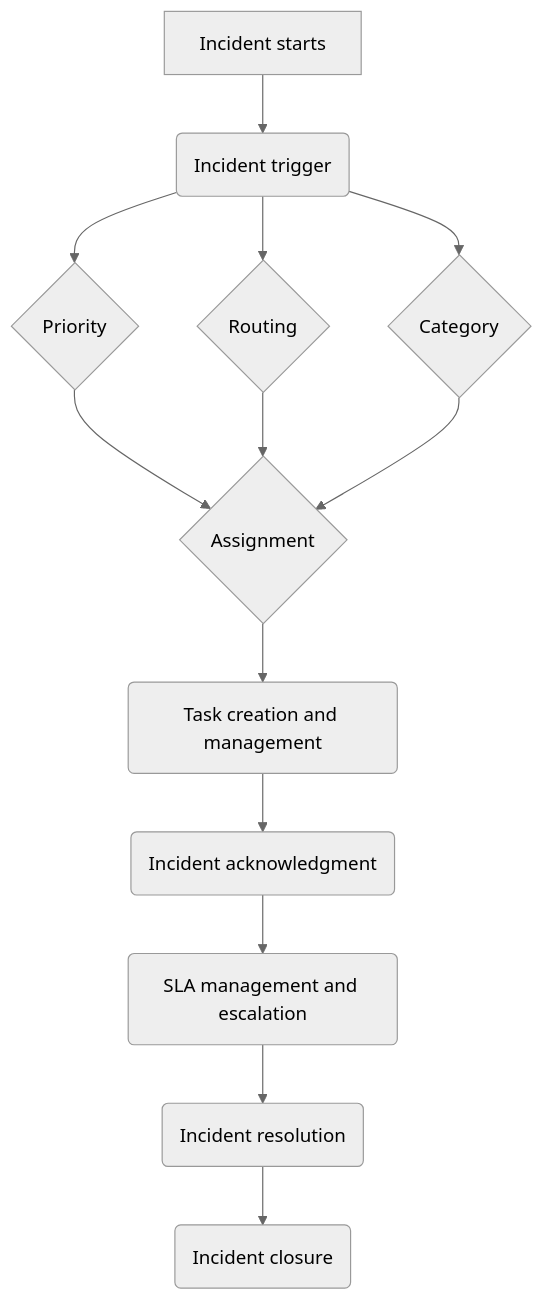
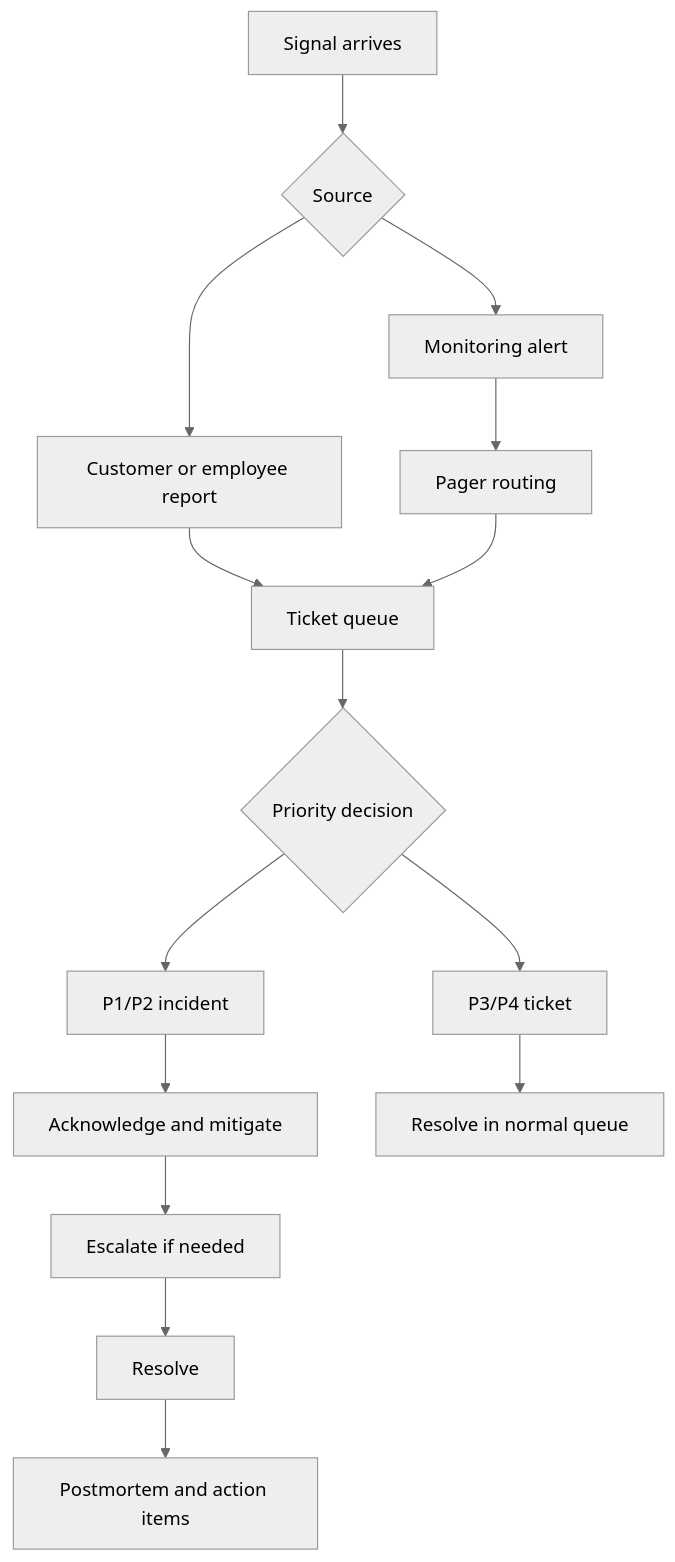
Before and after one commit to abtris/www.prskavec.net: the diagram in content/courses/how-to-make-oncall/chapter10.md, drawn with Mermaid (neutral theme). The commit also changed other lines of this file and 9 other files, not shown here.

````diff
--- a/content/courses/how-to-make-oncall/chapter10.md
+++ b/content/courses/how-to-make-oncall/chapter10.md
@@ -22,15 +26,17 @@
 ```mermaid
 flowchart TD
-    A[Incident starts] -->B(Incident trigger)
-    B --> C{Routing}
-    B --> D{Category}
-    B --> E{Priority}
-    E --> F{Assignment}
-    C --> F{Assignment}
-    D --> F{Assignment}
-    F --> G(Task creation and management)
-    G --> H(Incident acknowledgment)
-    H --> I(SLA management and escalation)
-    I --> K(Incident resolution)
-    K --> J(Incident closure)
+    A[Signal arrives] --> B{Source}
+    B --> C[Monitoring alert]
+    B --> D[Customer or employee report]
+    C --> E[Pager routing]
+    D --> F[Ticket queue]
+    E --> F
+    F --> G{Priority decision}
+    G --> H[P1/P2 incident]
+    G --> I[P3/P4 ticket]
+    H --> J[Acknowledge and mitigate]
+    J --> K[Escalate if needed]
+    K --> L[Resolve]
+    L --> M[Postmortem and action items]
+    I --> N[Resolve in normal queue]
 ```
````
